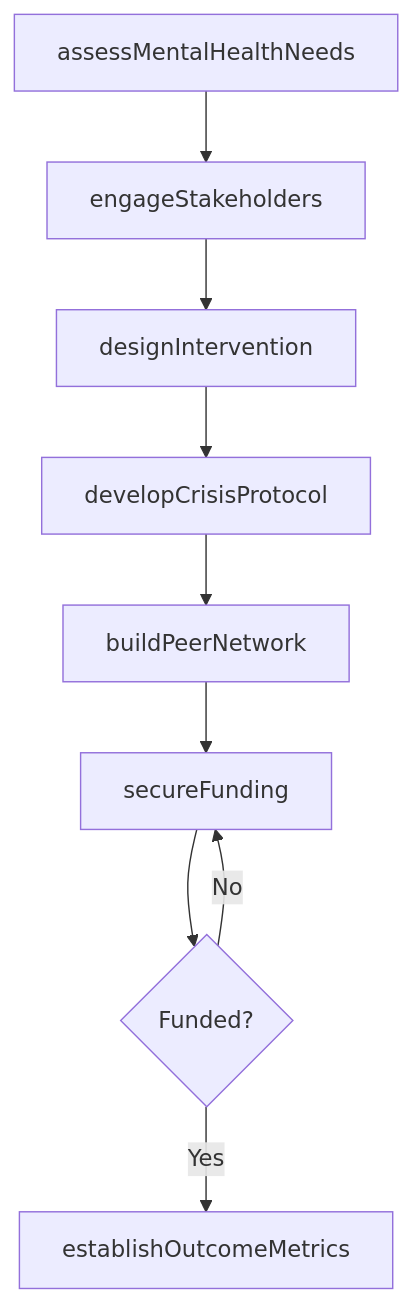
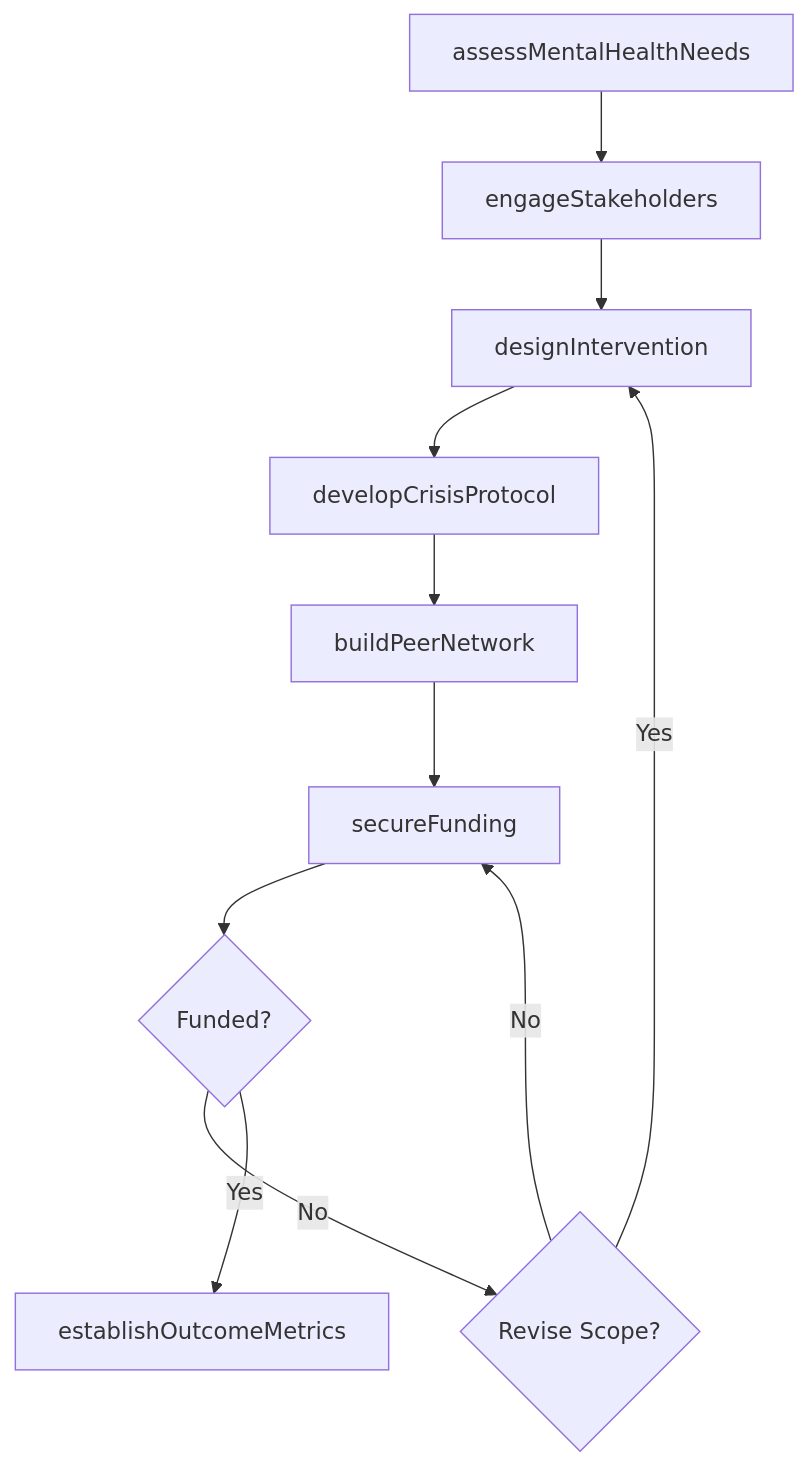
Before and after one commit to dot-org-ai/tasks.org.ai: the third of 4 diagrams in ThinkingCreatively/DevelopPublicOrCommunityHealthPrograms/PlanProgramsAddressCommunityMental.mdx, drawn with Mermaid. The commit also changed other lines of this file and 504 other files, not shown here.

First line of the commit message:
feat: Add ER diagrams, state diagrams, and workflow improvements to 96 DWA task files

````diff
--- a/ThinkingCreatively/DevelopPublicOrCommunityHealthPrograms/PlanProgramsAddressCommunityMental.mdx
+++ b/ThinkingCreatively/DevelopPublicOrCommunityHealthPrograms/PlanProgramsAddressCommunityMental.mdx
@@ -87,11 +117,13 @@
 ```mermaid
 graph TD
     A[assessMentalHealthNeeds] --> B[engageStakeholders]
     B --> C[designIntervention]
     C --> D[developCrisisProtocol]
     D --> E[buildPeerNetwork]
     E --> F[secureFunding]
     F --> G{Funded?}
-    G -->|No| F
-    G -->|Yes| H[establishOutcomeMetrics]
+    G -->|No| H{Revise Scope?}
+    H -->|Yes| C
+    H -->|No| F
+    G -->|Yes| I[establishOutcomeMetrics]
 ```
````
